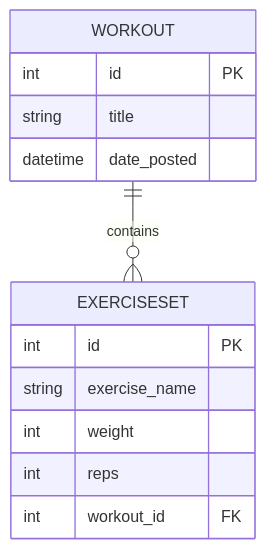
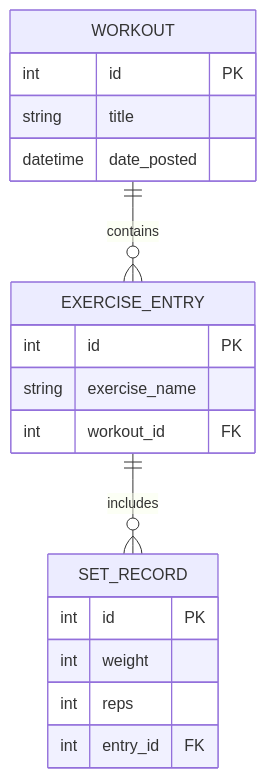
Before and after one commit to StereoSnake/Workout-Tracker: the diagram in README.md, drawn with Mermaid. The commit also changed other lines of this file and 3 other files, not shown here.

````diff
--- a/README.md
+++ b/README.md
@@ -51,16 +63,21 @@
 ```mermaid
 erDiagram
-    WORKOUT ||--o{ EXERCISESET : contains
+    WORKOUT ||--o{ EXERCISE_ENTRY : contains
+    EXERCISE_ENTRY ||--o{ SET_RECORD : includes
     WORKOUT {
         int id PK
         string title
         datetime date_posted
     }
-    EXERCISESET {
+    EXERCISE_ENTRY {
         int id PK
         string exercise_name
+        int workout_id FK
+    }
+    SET_RECORD {
+        int id PK
         int weight
         int reps
-        int workout_id FK
+        int entry_id FK
     }
 ```
````
